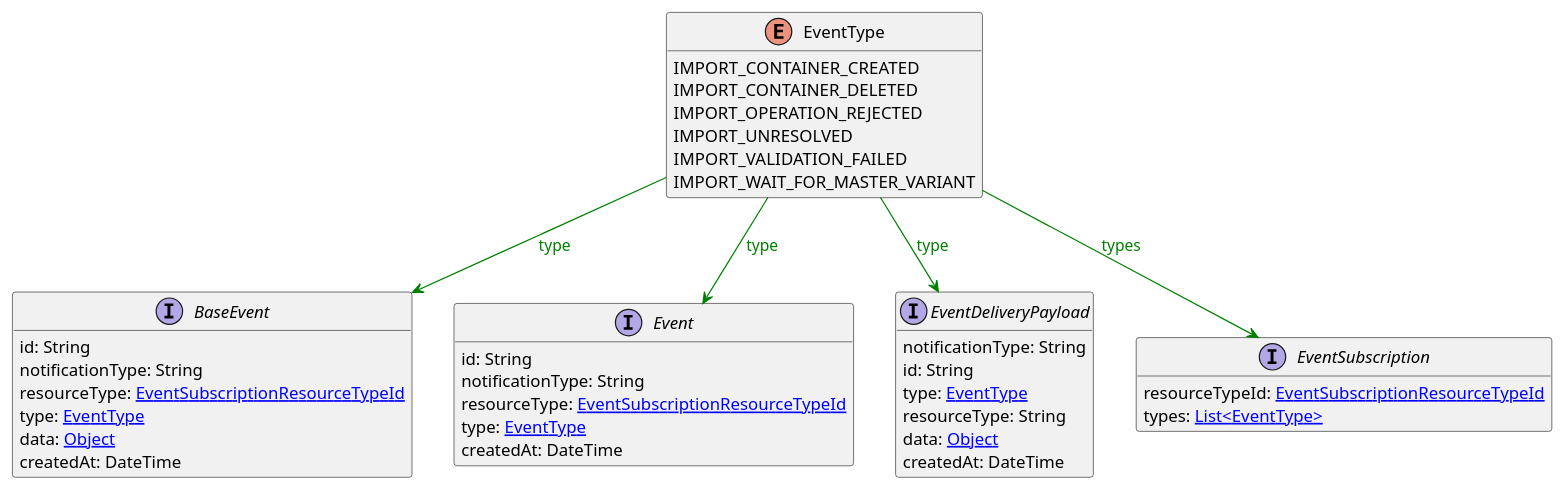
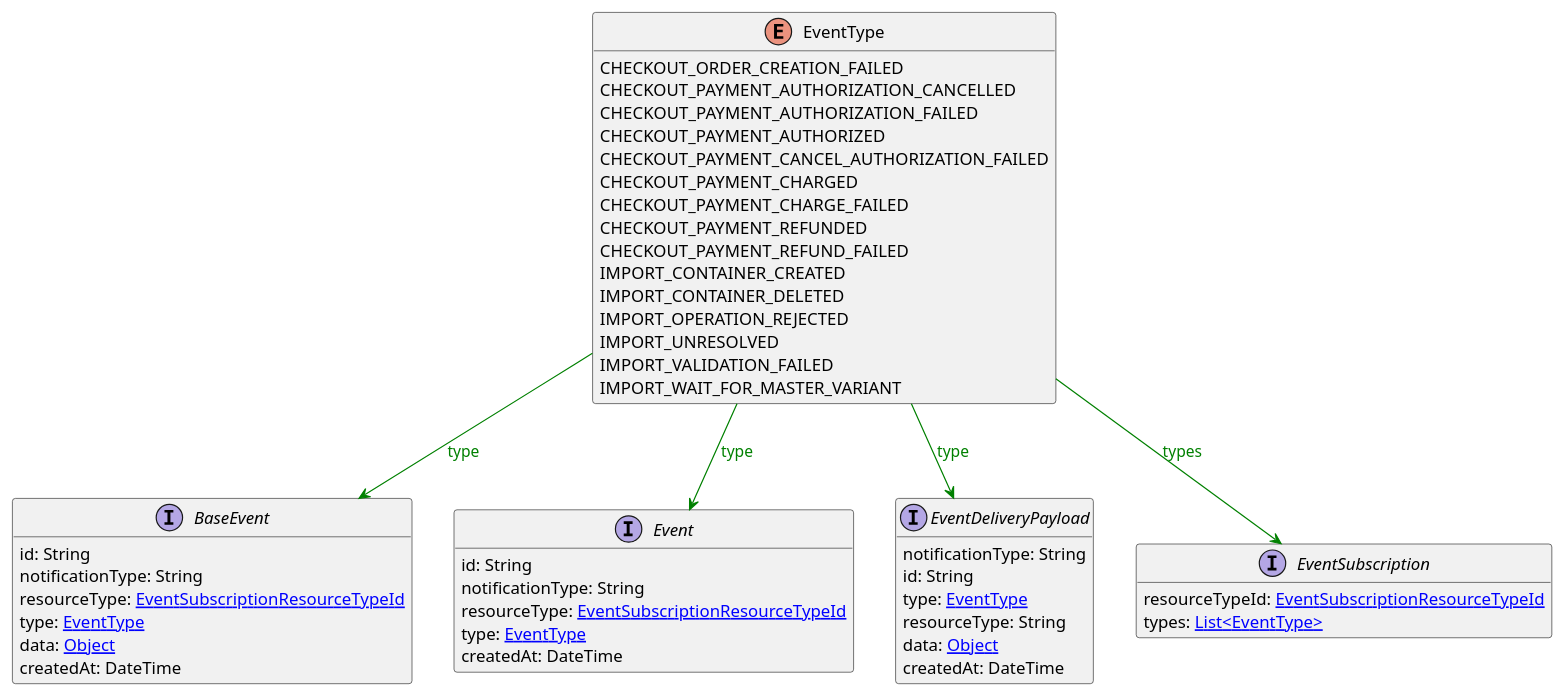
The diagram in uml/api/EventType.puml (commercetools/commercetools-api-reference), drawn with PlantUML before and after one commit. The commit also changed 36 other files, not shown here.

```diff
--- a/uml/api/EventType.puml
+++ b/uml/api/EventType.puml
@@ -1,43 +1,52 @@
 @startuml
 
 hide methods
 enum EventType {
+    CHECKOUT_ORDER_CREATION_FAILED
+    CHECKOUT_PAYMENT_AUTHORIZATION_CANCELLED
+    CHECKOUT_PAYMENT_AUTHORIZATION_FAILED
+    CHECKOUT_PAYMENT_AUTHORIZED
+    CHECKOUT_PAYMENT_CANCEL_AUTHORIZATION_FAILED
+    CHECKOUT_PAYMENT_CHARGED
+    CHECKOUT_PAYMENT_CHARGE_FAILED
+    CHECKOUT_PAYMENT_REFUNDED
+    CHECKOUT_PAYMENT_REFUND_FAILED
     IMPORT_CONTAINER_CREATED
     IMPORT_CONTAINER_DELETED
     IMPORT_OPERATION_REJECTED
     IMPORT_UNRESOLVED
     IMPORT_VALIDATION_FAILED
     IMPORT_WAIT_FOR_MASTER_VARIANT
 }
 interface BaseEvent [[BaseEvent.svg]]  {
     id: String
     notificationType: String
     resourceType: [[EventSubscriptionResourceTypeId.svg EventSubscriptionResourceTypeId]]
     type: [[EventType.svg EventType]]
     data: [[Object.svg Object]]
     createdAt: DateTime
 }
 interface Event [[Event.svg]]  {
     id: String
     notificationType: String
     resourceType: [[EventSubscriptionResourceTypeId.svg EventSubscriptionResourceTypeId]]
     type: [[EventType.svg EventType]]
     createdAt: DateTime
 }
 interface EventDeliveryPayload [[EventDeliveryPayload.svg]]  {
     notificationType: String
     id: String
     type: [[EventType.svg EventType]]
     resourceType: String
     data: [[Object.svg Object]]
     createdAt: DateTime
 }
 interface EventSubscription [[EventSubscription.svg]]  {
     resourceTypeId: [[EventSubscriptionResourceTypeId.svg EventSubscriptionResourceTypeId]]
     types: [[EventType.svg List<EventType>]]
 }
 EventType --> BaseEvent #green;text:green : "type"
 EventType --> Event #green;text:green : "type"
 EventType --> EventDeliveryPayload #green;text:green : "type"
 EventType --> EventSubscription #green;text:green : "types"
 @enduml
```
